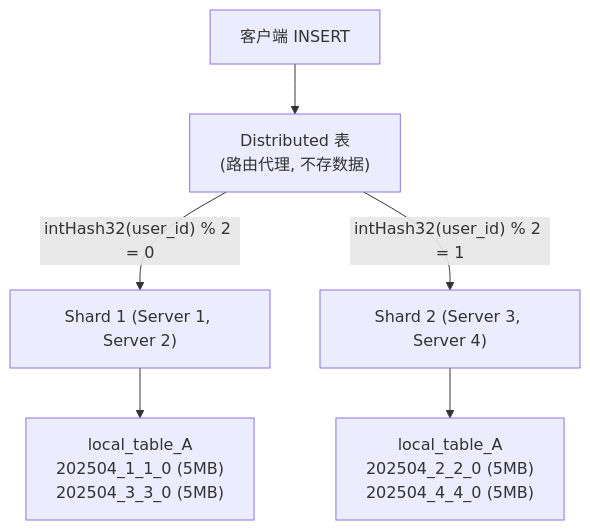
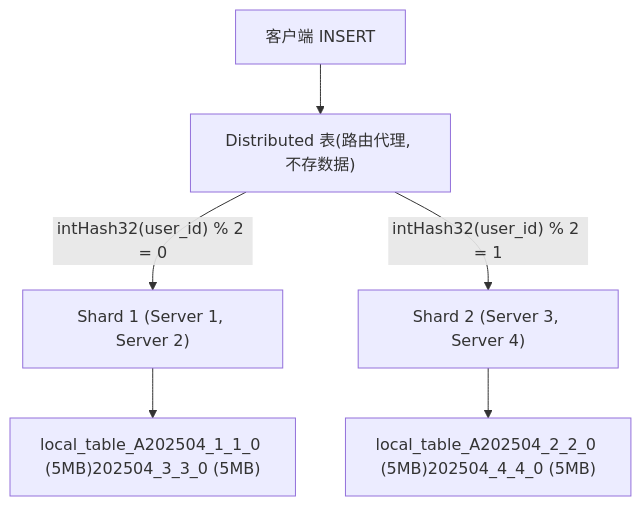
One commit to carlvinhust2012/MyStudy changed the second of 11 diagrams in Database/ClickHouse/clickhouse的分布式部署分析.md. Above: the diagram before and after it, drawn with Mermaid. The commit also changed other lines of this file, not shown here.

````diff
--- a/Database/ClickHouse/clickhouse的分布式部署分析.md
+++ b/Database/ClickHouse/clickhouse的分布式部署分析.md
@@ -107,9 +107,9 @@
 ```mermaid
 flowchart TB
-    Client["客户端 INSERT"] --> Dist["Distributed 表<br/>(路由代理, 不存数据)"]
+    Client["客户端 INSERT"] --> Dist["Distributed 表(路由代理, 不存数据)"]
     Dist -->|"intHash32(user_id) % 2 = 0"| S1["Shard 1 (Server 1, Server 2)"]
     Dist -->|"intHash32(user_id) % 2 = 1"| S2["Shard 2 (Server 3, Server 4)"]
 
-    S1 --> P1["local_table_A<br/>202504_1_1_0 (5MB)<br/>202504_3_3_0 (5MB)"]
-    S2 --> P2["local_table_A<br/>202504_2_2_0 (5MB)<br/>202504_4_4_0 (5MB)"]
+    S1 --> P1["local_table_A202504_1_1_0 (5MB)202504_3_3_0 (5MB)"]
+    S2 --> P2["local_table_A202504_2_2_0 (5MB)202504_4_4_0 (5MB)"]
 ```
````
